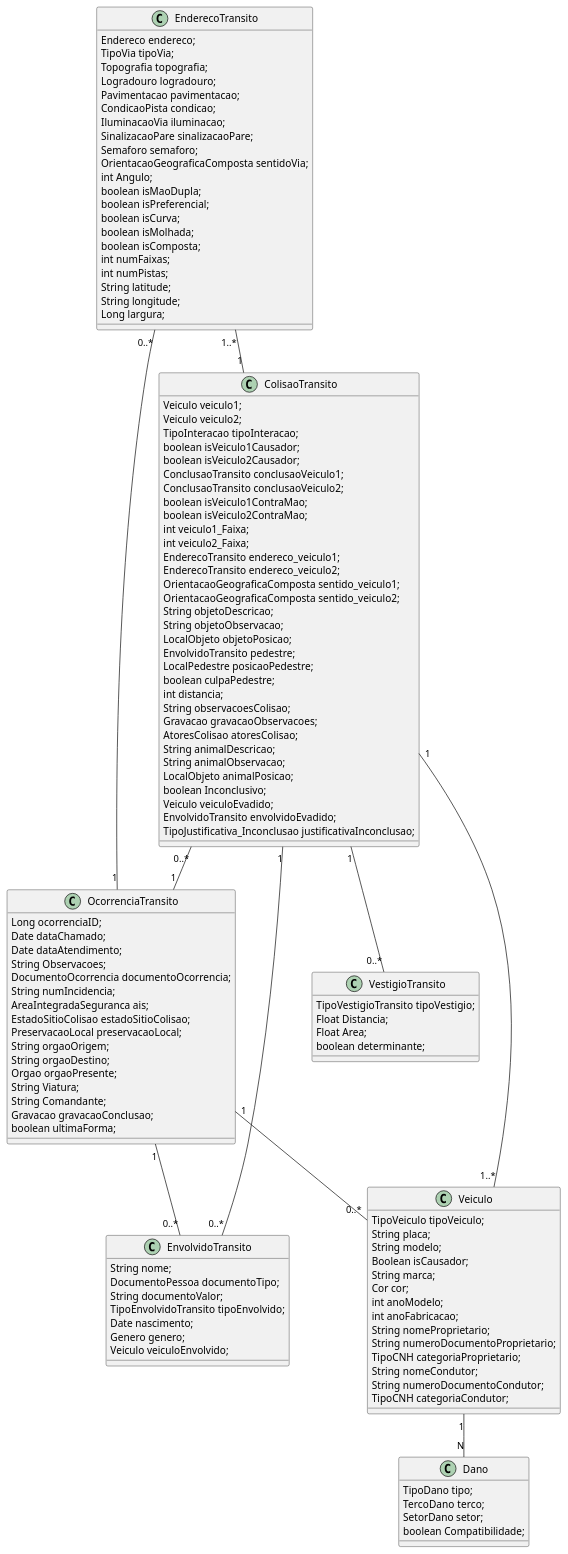
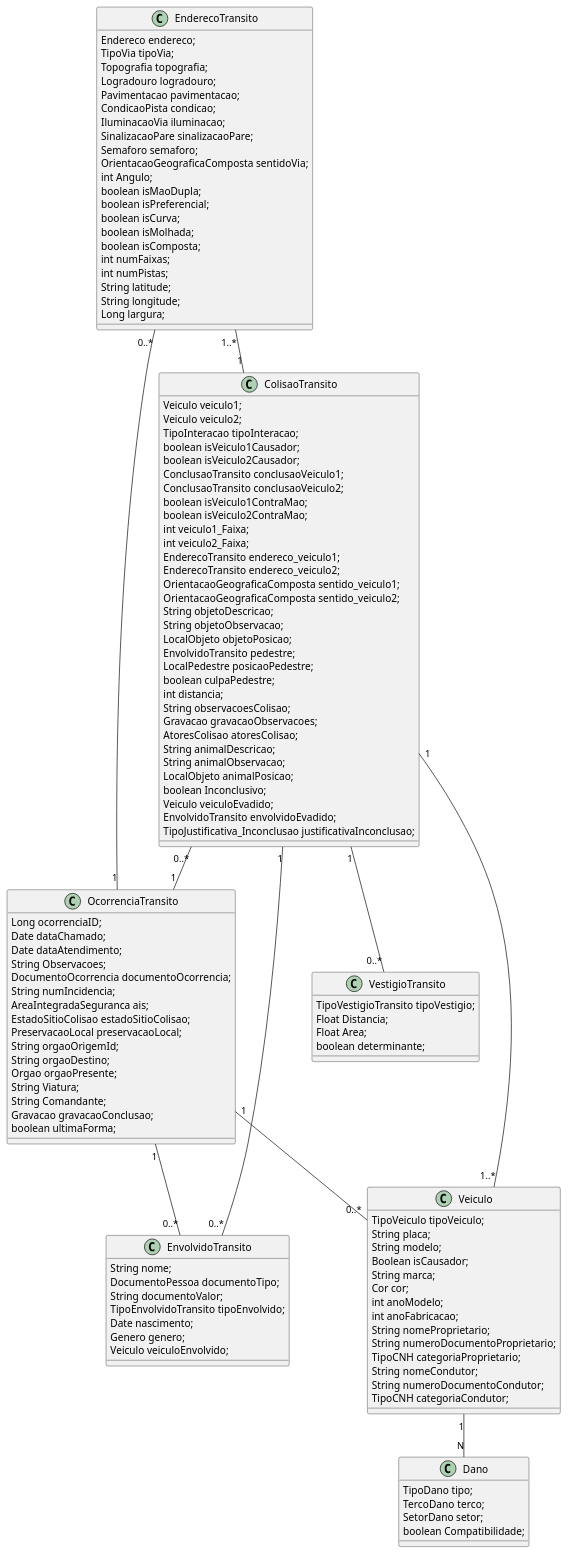
One commit to alemoreirac/galilei changed the diagram in app/src/main/java/UML/UML Transito.puml. Above: the diagram before and after it, drawn with PlantUML. The commit also changed 20 other files, not shown here.

```diff
--- a/app/src/main/java/UML/UML Transito.puml
+++ b/app/src/main/java/UML/UML Transito.puml
@@ -1,132 +1,132 @@
 @startuml
 
 class OcorrenciaTransito{
           Long ocorrenciaID;
           Date dataChamado;
        Date dataAtendimento;
        String Observacoes;
        DocumentoOcorrencia documentoOcorrencia;
        String numIncidencia;
        AreaIntegradaSeguranca ais;
        EstadoSitioColisao estadoSitioColisao;
        PreservacaoLocal preservacaoLocal;
-       String orgaoOrigem;
+       String orgaoOrigemId;
        String orgaoDestino;
        Orgao orgaoPresente;
        String Viatura;
        String Comandante;
        Gravacao gravacaoConclusao;
        boolean ultimaForma;
        }
        class EnvolvidoTransito{
            String nome;
            DocumentoPessoa documentoTipo;
            String documentoValor;
            TipoEnvolvidoTransito tipoEnvolvido;
            Date nascimento;
            Genero genero;
            Veiculo veiculoEnvolvido;
        }
     class EnderecoTransito{
     Endereco endereco;
     TipoVia tipoVia;
     Topografia topografia;
     Logradouro logradouro;
     Pavimentacao pavimentacao;
     CondicaoPista condicao;
     IluminacaoVia iluminacao;
     SinalizacaoPare sinalizacaoPare;
     Semaforo semaforo;
     OrientacaoGeograficaComposta sentidoVia;
     int Angulo;
     boolean isMaoDupla;
     boolean isPreferencial;
     boolean isCurva;
     boolean isMolhada;
     boolean isComposta;
     int numFaixas;
     int numPistas;
     String latitude;
     String longitude;
     Long largura;
     }
     class ColisaoTransito{
     Veiculo veiculo1;
     Veiculo veiculo2;
     TipoInteracao tipoInteracao;
     boolean isVeiculo1Causador;
     boolean isVeiculo2Causador;
     ConclusaoTransito conclusaoVeiculo1;
     ConclusaoTransito conclusaoVeiculo2;
     boolean isVeiculo1ContraMao;
     boolean isVeiculo2ContraMao;
     int veiculo1_Faixa;
     int veiculo2_Faixa;
     EnderecoTransito endereco_veiculo1;
     EnderecoTransito endereco_veiculo2;
     OrientacaoGeograficaComposta sentido_veiculo1;
     OrientacaoGeograficaComposta sentido_veiculo2;
     String objetoDescricao;
     String objetoObservacao;
     LocalObjeto objetoPosicao;
     EnvolvidoTransito pedestre;
     LocalPedestre posicaoPedestre;
     boolean culpaPedestre;
     int distancia;
     String observacoesColisao;
     Gravacao gravacaoObservacoes;
     AtoresColisao atoresColisao;
     String animalDescricao;
     String animalObservacao;
     LocalObjeto animalPosicao;
     boolean Inconclusivo;
     Veiculo veiculoEvadido;
     EnvolvidoTransito envolvidoEvadido;
     TipoJustificativa_Inconclusao justificativaInconclusao;
     }
        class VestigioTransito{
         TipoVestigioTransito tipoVestigio;
         Float Distancia;
         Float Area;
         boolean determinante;
        }
 
 class Dano{
 TipoDano tipo;
  TercoDano terco;
   SetorDano setor;
     boolean Compatibilidade;
 }
 
 class Veiculo{
         TipoVeiculo tipoVeiculo;
            String placa;
            String modelo;
            Boolean isCausador;
            String marca;
            Cor cor;
            int anoModelo;
            int anoFabricacao;
            String nomeProprietario;
            String numeroDocumentoProprietario;
            TipoCNH categoriaProprietario;
            String nomeCondutor;
            String numeroDocumentoCondutor;
            TipoCNH categoriaCondutor;
        }
 ColisaoTransito"0..*"-- "1"OcorrenciaTransito
 OcorrenciaTransito "1"-- "0..*" Veiculo
 EnderecoTransito"0..*"-- "1" OcorrenciaTransito
 OcorrenciaTransito  "1"-- "0..*" EnvolvidoTransito
 
 
 ColisaoTransito "1"-- "1..*" Veiculo
 EnderecoTransito"1..*"-- "1" ColisaoTransito
 ColisaoTransito  "1"-- "0..*" VestigioTransito
 ColisaoTransito  "1"-- "0..*" EnvolvidoTransito
 
 Veiculo  "1"-- "N" Dano
 
 
 
 @enduml
```
